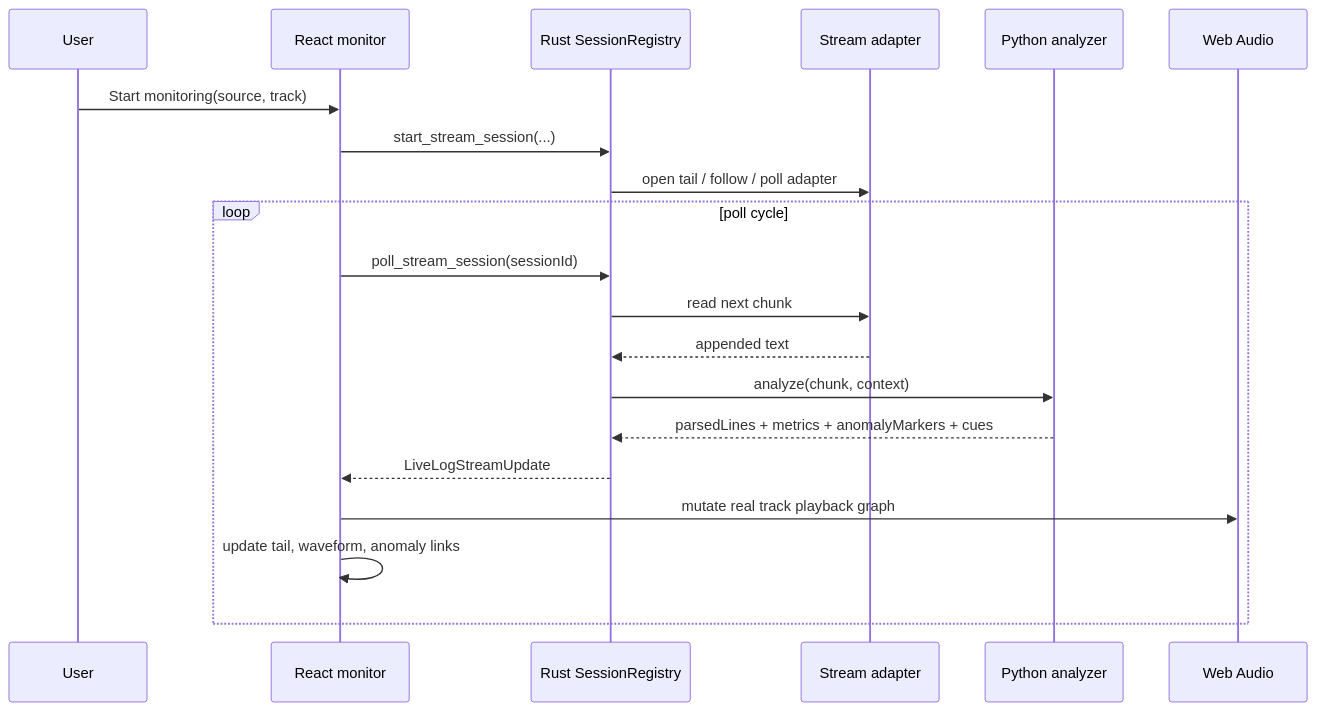
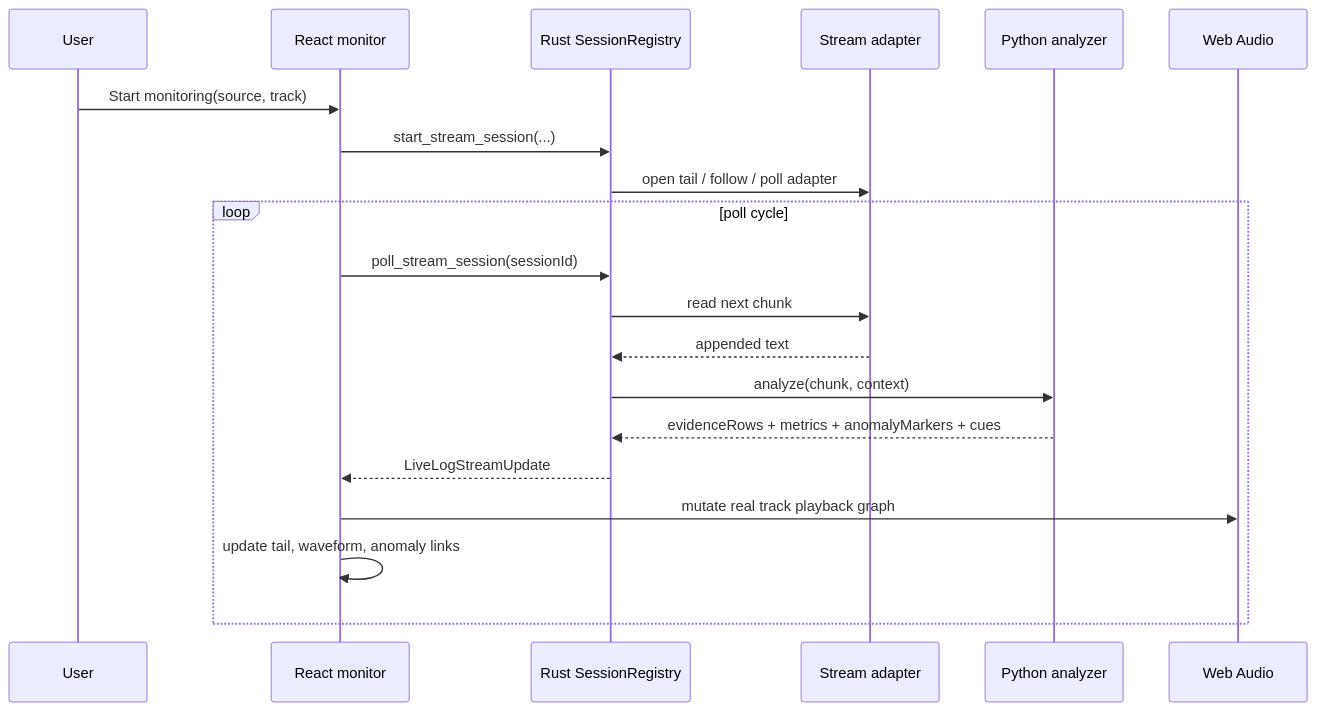
Before and after one commit to fabianaguero/maia: the third of 8 diagrams in docs/architecture.md, drawn with Mermaid. The commit also changed other lines of this file and 12 other files, not shown here.

Commit message:
docs(product): update signal streams roadmap

````diff
--- a/docs/architecture.md
+++ b/docs/architecture.md
@@ -89,23 +91,23 @@
 ```mermaid
 sequenceDiagram
   participant U as User
   participant UI as React monitor
   participant R as Rust SessionRegistry
   participant S as Stream adapter
   participant P as Python analyzer
   participant A as Web Audio
 
   U->>UI: Start monitoring(source, track)
   UI->>R: start_stream_session(...)
   R->>S: open tail / follow / poll adapter
   loop poll cycle
     UI->>R: poll_stream_session(sessionId)
     R->>S: read next chunk
     S-->>R: appended text
     R->>P: analyze(chunk, context)
-    P-->>R: parsedLines + metrics + anomalyMarkers + cues
+    P-->>R: evidenceRows + metrics + anomalyMarkers + cues
     R-->>UI: LiveLogStreamUpdate
     UI->>A: mutate real track playback graph
     UI->>UI: update tail, waveform, anomaly links
   end
 ```
````
